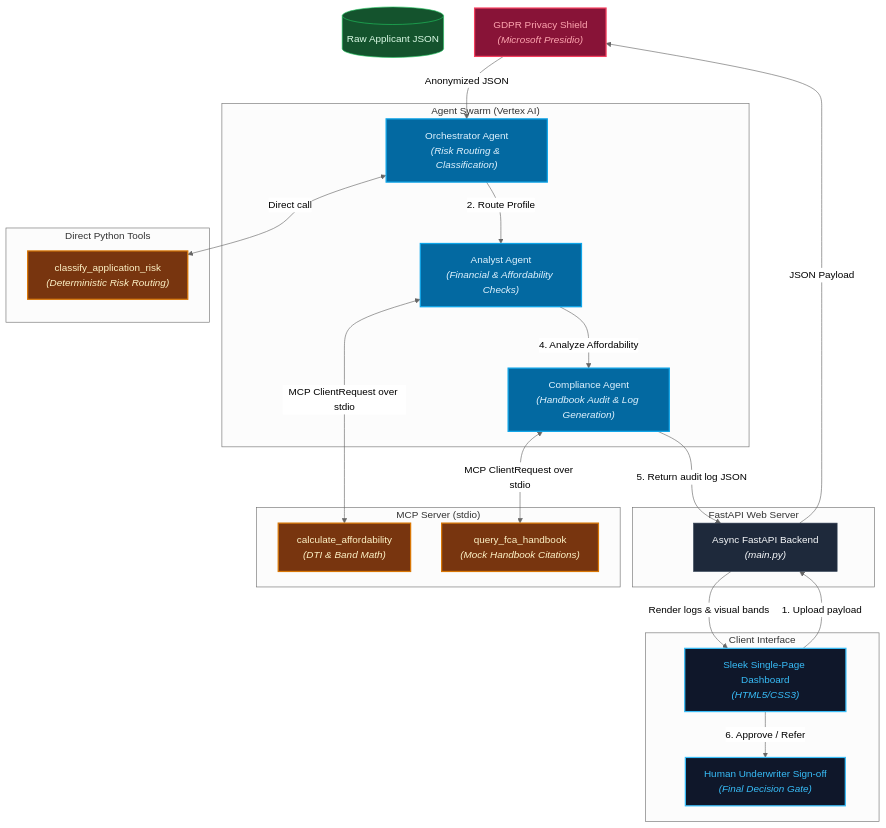
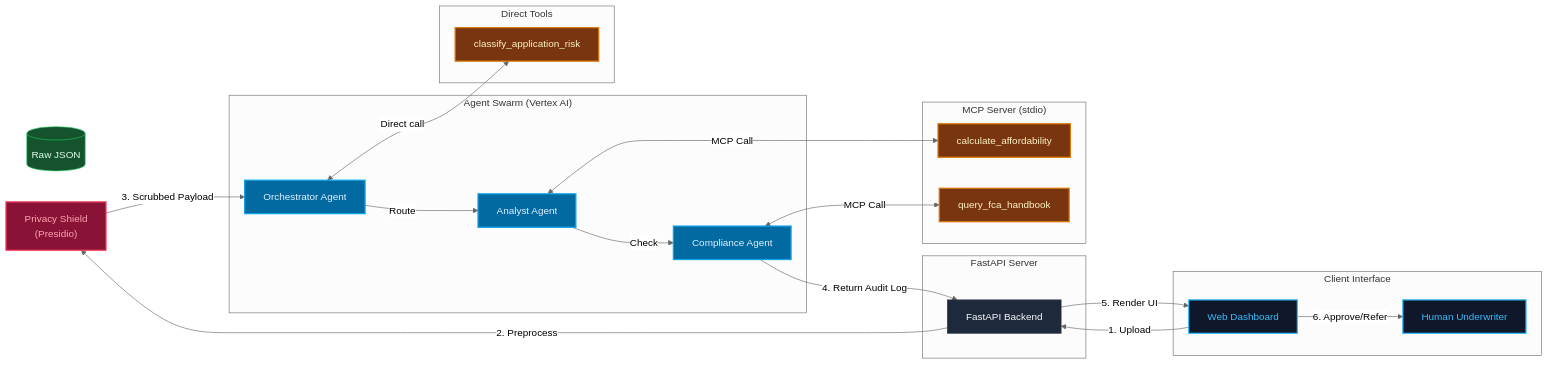
One commit to taracanham14/mortgage-stream-ai changed the diagram in README.md. Above: the diagram before and after it, drawn with Mermaid (neutral theme).

Commit message:
Convert README Mermaid flowchart to horizontal (LR) layout

````diff
--- a/README.md
+++ b/README.md
@@ -39,56 +39,56 @@
 ```mermaid
-graph TD
+graph LR
     %% Define color palette and styles
     classDef default fill:#1e293b,stroke:#334155,stroke-width:1px,color:#f8fafc;
     classDef client fill:#0f172a,stroke:#38bdf8,stroke-width:2px,color:#38bdf8;
     classDef gateway fill:#881337,stroke:#f43f5e,stroke-width:2px,color:#fda4af;
     classDef agent fill:#0369a1,stroke:#0ea5e9,stroke-width:2px,color:#e0f2fe;
     classDef tool fill:#78350f,stroke:#d97706,stroke-width:2px,color:#fef3c7;
     classDef data fill:#14532d,stroke:#22c55e,stroke-width:1px,color:#dcfce7;
     
     %% Nodes definition
-    UserJSON[("Raw Applicant JSON")]:::data
-    PrivacyShield["GDPR Privacy Shield<br><i>(Microsoft Presidio)</i>"]:::gateway
+    UserJSON[("Raw JSON")]:::data
+    PrivacyShield["Privacy Shield<br>(Presidio)"]:::gateway
     
     subgraph UI ["Client Interface"]
-        WebDashboard["Sleek Single-Page Dashboard<br><i>(HTML5/CSS3)</i>"]:::client
-        HumanDecision["Human Underwriter Sign-off<br><i>(Final Decision Gate)</i>"]:::client
+        WebDashboard["Web Dashboard"]:::client
+        HumanDecision["Human Underwriter"]:::client
     end
     
-    subgraph FastAPIApp ["FastAPI Web Server"]
-        FAPIServer["Async FastAPI Backend<br><i>(main.py)</i>"]
+    subgraph FastAPIApp ["FastAPI Server"]
+        FAPIServer["FastAPI Backend"]
     end
     
     subgraph Swarm ["Agent Swarm (Vertex AI)"]
-        Orchestrator["Orchestrator Agent<br><i>(Risk Routing & Classification)</i>"]:::agent
-        Analyst["Analyst Agent<br><i>(Financial & Affordability Checks)</i>"]:::agent
-        Compliance["Compliance Agent<br><i>(Handbook Audit & Log Generation)</i>"]:::agent
+        Orchestrator["Orchestrator Agent"]:::agent
+        Analyst["Analyst Agent"]:::agent
+        Compliance["Compliance Agent"]:::agent
         
-        Orchestrator -->|2. Route Profile| Analyst
-        Analyst -->|4. Analyze Affordability| Compliance
+        Orchestrator -->|Route| Analyst
+        Analyst -->|Check| Compliance
     end
 
     subgraph MCPServer ["MCP Server (stdio)"]
-        AffordabilityTool["calculate_affordability<br><i>(DTI & Band Math)</i>"]:::tool
-        FCATool["query_fca_handbook<br><i>(Mock Handbook Citations)</i>"]:::tool
+        AffordabilityTool["calculate_affordability"]:::tool
+        FCATool["query_fca_handbook"]:::tool
     end
 
-    subgraph DirectTools ["Direct Python Tools"]
-        RiskTool["classify_application_risk<br><i>(Deterministic Risk Routing)</i>"]:::tool
+    subgraph DirectTools ["Direct Tools"]
+        RiskTool["classify_application_risk"]:::tool
     end
 
     %% Flows and connections
-    WebDashboard -->|1. Upload payload| FAPIServer
-    FAPIServer -->|JSON Payload| PrivacyShield
-    PrivacyShield -->|Anonymized JSON| Orchestrator
+    WebDashboard -->|1. Upload| FAPIServer
+    FAPIServer -->|2. Preprocess| PrivacyShield
+    PrivacyShield -->|3. Scrubbed Payload| Orchestrator
     
     %% Tool execution links
     Orchestrator <-->|Direct call| RiskTool
-    Analyst <-->|MCP ClientRequest over stdio| AffordabilityTool
-    Compliance <-->|MCP ClientRequest over stdio| FCATool
+    Analyst <-->|MCP Call| AffordabilityTool
+    Compliance <-->|MCP Call| FCATool
     
     %% Responses
-    Compliance -->|5. Return audit log JSON| FAPIServer
-    FAPIServer -->|Render logs & visual bands| WebDashboard
-    WebDashboard -->|6. Approve / Refer| HumanDecision
+    Compliance -->|4. Return Audit Log| FAPIServer
+    FAPIServer -->|5. Render UI| WebDashboard
+    WebDashboard -->|6. Approve/Refer| HumanDecision
 ```
````
